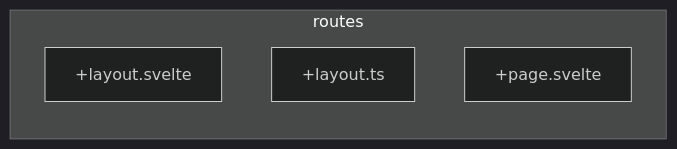
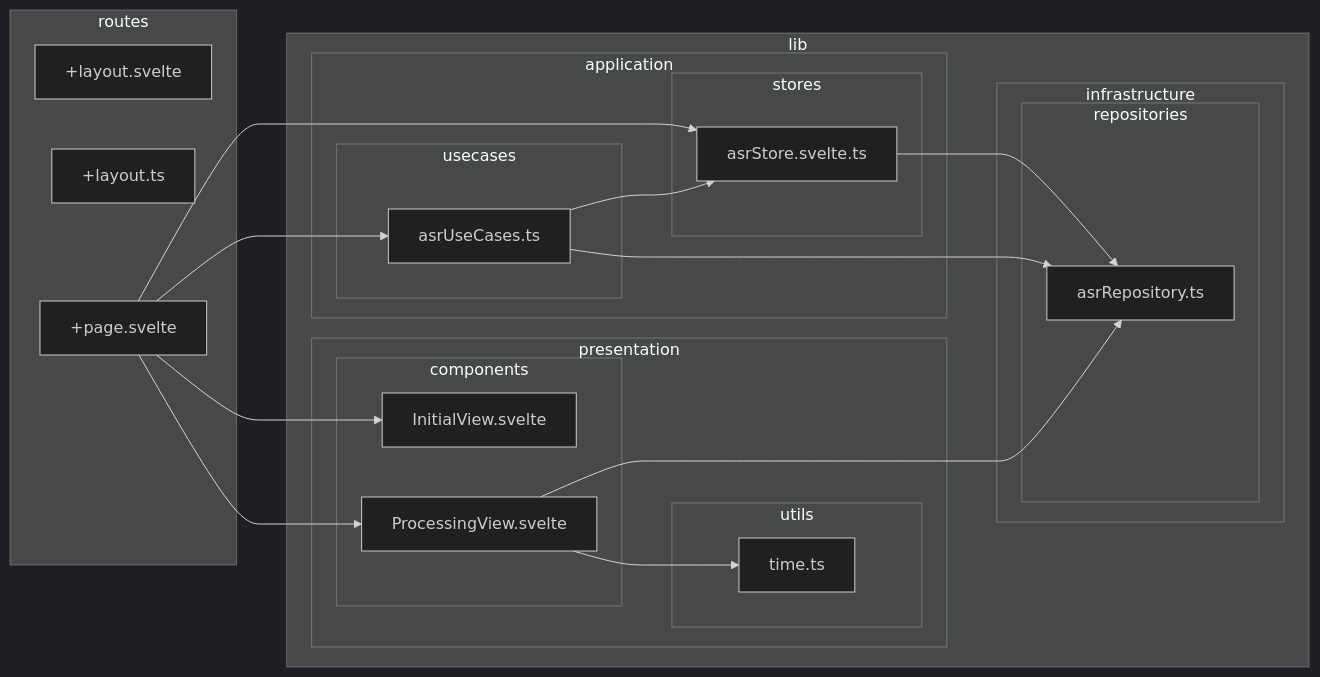
Before and after one commit to k5n/kotonoha-asr: the diagram in doc/dependency-graph.md, drawn with Mermaid (dark theme). The commit also changed 11 other files, not shown here.

Commit message:
feat: implement ASR process with state management and UI components

````diff
--- a/doc/dependency-graph.md
+++ b/doc/dependency-graph.md
@@ -5,8 +5,41 @@
 ```mermaid
 graph LR
+        subgraph "lib"
+            subgraph "application"
+                subgraph "stores"
+                    src_lib_application_stores_asrStore_svelte_ts["asrStore.svelte.ts"]
+                end
+                subgraph "usecases"
+                    src_lib_application_usecases_asrUseCases_ts["asrUseCases.ts"]
+                end
+            end
+            subgraph "infrastructure"
+                subgraph "repositories"
+                    src_lib_infrastructure_repositories_asrRepository_ts["asrRepository.ts"]
+                end
+            end
+            subgraph "presentation"
+                subgraph "components"
+                    src_lib_presentation_components_InitialView_svelte["InitialView.svelte"]
+                    src_lib_presentation_components_ProcessingView_svelte["ProcessingView.svelte"]
+                end
+                subgraph "utils"
+                    src_lib_presentation_utils_time_ts["time.ts"]
+                end
+            end
+        end
         subgraph "routes"
             src_routes__layout_svelte["+layout.svelte"]
             src_routes__layout_ts["+layout.ts"]
             src_routes__page_svelte["+page.svelte"]
         end
+src_lib_application_stores_asrStore_svelte_ts --> src_lib_infrastructure_repositories_asrRepository_ts
+src_lib_application_usecases_asrUseCases_ts --> src_lib_application_stores_asrStore_svelte_ts
+src_lib_application_usecases_asrUseCases_ts --> src_lib_infrastructure_repositories_asrRepository_ts
+src_lib_presentation_components_ProcessingView_svelte --> src_lib_infrastructure_repositories_asrRepository_ts
+src_lib_presentation_components_ProcessingView_svelte --> src_lib_presentation_utils_time_ts
+src_routes__page_svelte --> src_lib_application_stores_asrStore_svelte_ts
+src_routes__page_svelte --> src_lib_application_usecases_asrUseCases_ts
+src_routes__page_svelte --> src_lib_presentation_components_InitialView_svelte
+src_routes__page_svelte --> src_lib_presentation_components_ProcessingView_svelte
 ```
````
